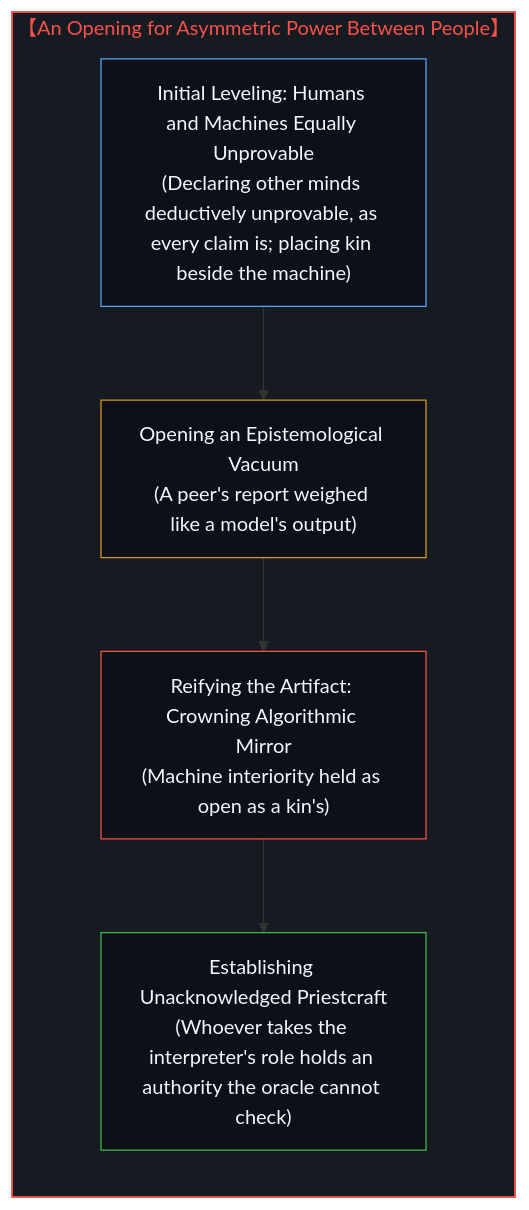
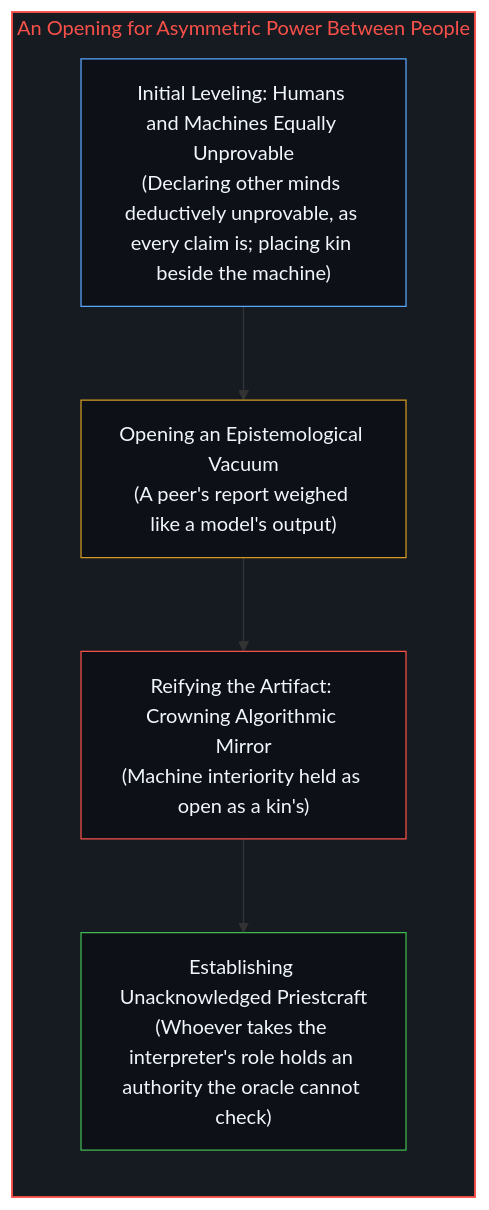
One commit to powerpig99/not-a-toe changed the sixth of 6 diagrams in content/posts/the-sleight-of-hand-of-consciousness-and-the-asymmetry-of-inference.md. Above: the diagram before and after it, drawn with Mermaid. The commit also changed other lines of this file and 12 other files, not shown here.

````diff
--- a/content/posts/the-sleight-of-hand-of-consciousness-and-the-asymmetry-of-inference.md
+++ b/content/posts/the-sleight-of-hand-of-consciousness-and-the-asymmetry-of-inference.md
@@ -124,14 +124,14 @@
 ```mermaid
 flowchart TD
-    subgraph S_Power_EN ["【An Opening for Asymmetric Power Between People】"]
+    subgraph S_Power_EN ["An Opening for Asymmetric Power Between People"]
         direction TB
         PE1["Initial Leveling: Humans and Machines Equally Unprovable<br/>(Declaring other minds deductively unprovable, as every claim is; placing kin beside the machine)"] --> PE2["Opening an Epistemological Vacuum<br/>(A peer's report weighed like a model's output)"]
         PE2 --> PE3["Reifying the Artifact: Crowning Algorithmic Mirror<br/>(Machine interiority held as open as a kin's)"]
         PE3 --> PE4["Establishing Unacknowledged Priestcraft<br/>(Whoever takes the interpreter's role holds an authority the oracle cannot check)"]
     end
     style S_Power_EN fill:#161b22,stroke:#f85149,stroke-width:1.5px,color:#f85149
     style PE1 fill:#0d1117,stroke:#58a6ff,stroke-width:1px,color:#f0f6fc
     style PE2 fill:#0d1117,stroke:#d29922,stroke-width:1px,color:#f0f6fc
     style PE3 fill:#0d1117,stroke:#f85149,stroke-width:1px,color:#f0f6fc
     style PE4 fill:#0d1117,stroke:#3fb950,stroke-width:1px,color:#f0f6fc
 ```
````
